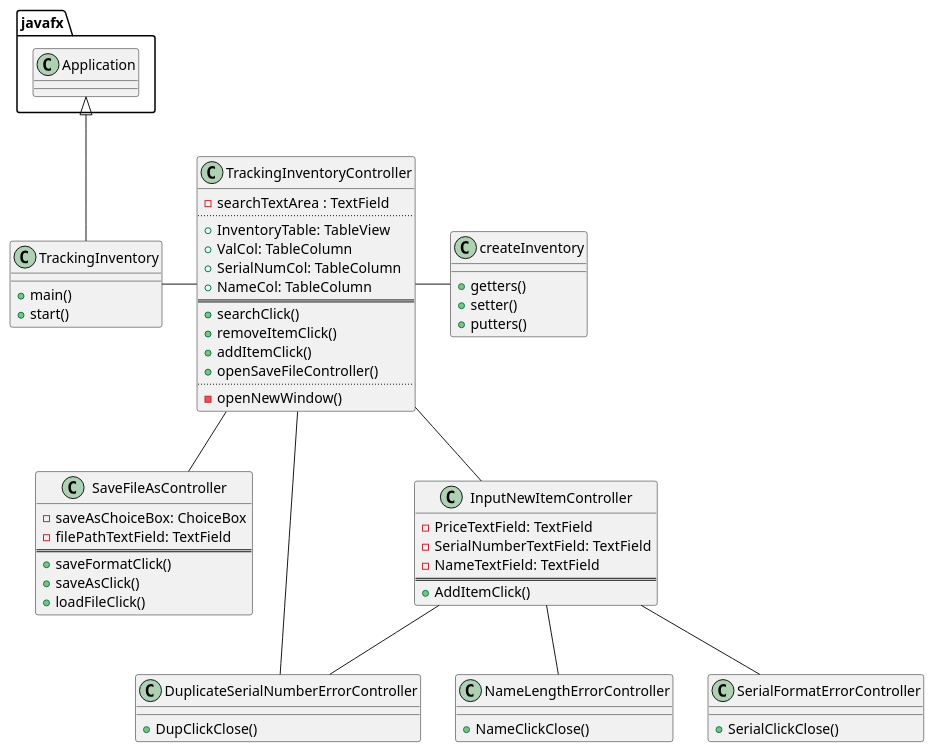
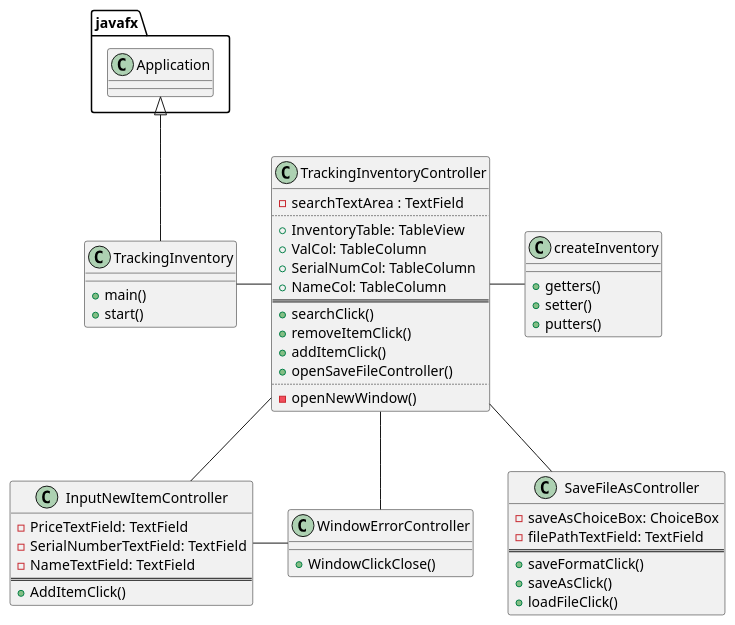
The diagram in uml/TrackingInventory.puml (fshofiquel/Item-Inventory), drawn with PlantUML before and after one commit. The commit also changed 6 other files, not shown here.

Commit message:
Using a single error window and have the text change depending on which error or errors the user triggers.

```diff
--- a/uml/TrackingInventory.puml
+++ b/uml/TrackingInventory.puml
@@ -1,79 +1,67 @@
 @startuml
 'https://plantuml.com/class-diagram
 
 class TrackingInventory
 {
     + main()
     + start()
 }
 
 class TrackingInventoryController
 {
     - searchTextArea : TextField
     ..
     + InventoryTable: TableView
     + ValCol: TableColumn
     + SerialNumCol: TableColumn
     + NameCol: TableColumn
     ==
     + searchClick()
     + removeItemClick()
     + addItemClick()
     + openSaveFileController()
     ..
     - openNewWindow()
 }
 
 class SaveFileAsController
 {
     - saveAsChoiceBox: ChoiceBox
     - filePathTextField: TextField
     ==
     + saveFormatClick()
     + saveAsClick()
     + loadFileClick()
 }
 
 class InputNewItemController
 {
     - PriceTextField: TextField
     - SerialNumberTextField: TextField
     - NameTextField: TextField
     ==
     + AddItemClick()
 }
 
-class DuplicateSerialNumberErrorController
+class WindowErrorController
 {
-    + DupClickClose()
-}
-
-class NameLengthErrorController
-{
-    + NameClickClose()
-}
-
-class SerialFormatErrorController
-{
-    + SerialClickClose()
+    + WindowClickClose()
 }
 
 class createInventory
 {
     +getters()
     +setter()
     +putters()
 }
 
 javafx.Application <|-- TrackingInventory
 
 TrackingInventory - TrackingInventoryController
 TrackingInventoryController - createInventory
 TrackingInventoryController -- SaveFileAsController
 TrackingInventoryController -- InputNewItemController
-TrackingInventoryController -- DuplicateSerialNumberErrorController
-InputNewItemController -- DuplicateSerialNumberErrorController
-InputNewItemController -- NameLengthErrorController
-InputNewItemController -- SerialFormatErrorController
+TrackingInventoryController -- WindowErrorController
+InputNewItemController - WindowErrorController
 
 @enduml
```
